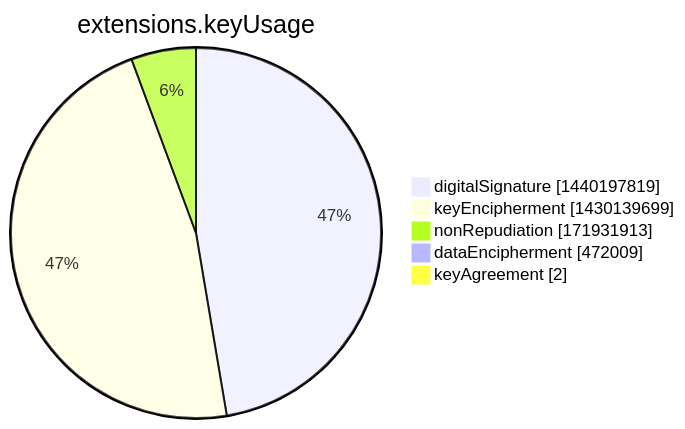
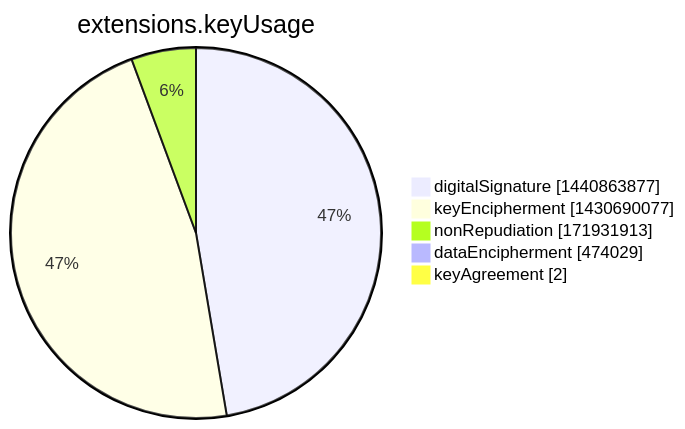
Before and after one commit to christiankrug/ctmonitor_visualization: the seventh of 15 diagrams in argon2022/README.md, drawn with Mermaid. The commit also changed other lines of this file, not shown here.

````diff
--- a/argon2022/README.md
+++ b/argon2022/README.md
@@ -2751,9 +2751,9 @@
 ```mermaid
 pie showData
 title extensions.keyUsage
-"digitalSignature" :1440197819
-"keyEncipherment" :1430139699
+"digitalSignature" :1440863877
+"keyEncipherment" :1430690077
 "nonRepudiation" :171931913
-"dataEncipherment" :472009
+"dataEncipherment" :474029
 "keyAgreement" :2
 ```
````
